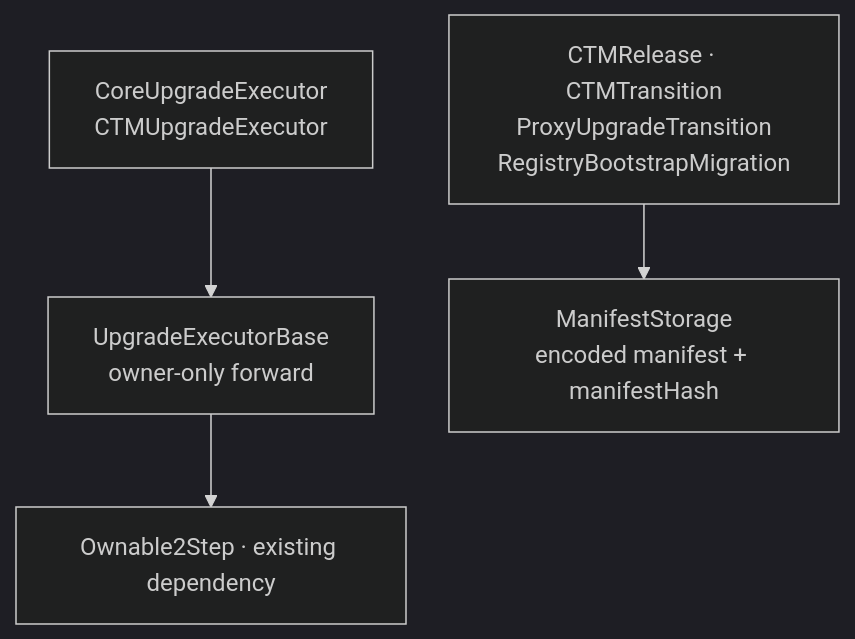
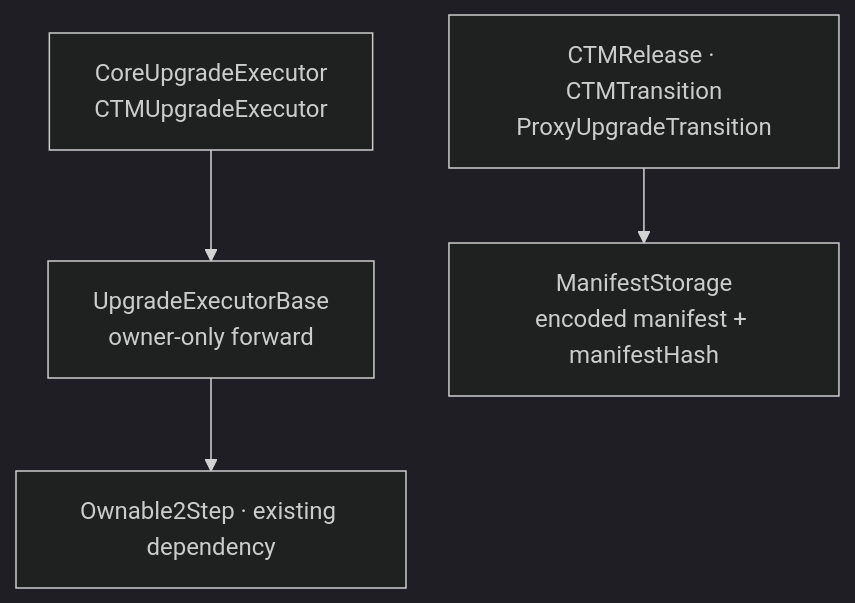
The second of 9 diagrams in docs/registry-driven-upgrades.md (matter-labs/era-contracts), drawn with Mermaid (dark theme) before and after one commit. The commit also changed other lines of this file and 151 other files, not shown here.

````diff
--- a/docs/registry-driven-upgrades.md
+++ b/docs/registry-driven-upgrades.md
@@ -114,12 +112,12 @@
 ```mermaid
 flowchart TB
     DOMAIN["CoreUpgradeExecutor<br/>CTMUpgradeExecutor"]
-    RECORDS["CTMRelease · CTMTransition<br/>ProxyUpgradeTransition<br/>RegistryBootstrapMigration"]
+    RECORDS["CTMRelease · CTMTransition<br/>ProxyUpgradeTransition"]
     UBASE["UpgradeExecutorBase<br/>owner-only forward"]
     MBASE["ManifestStorage<br/>encoded manifest + manifestHash"]
     OWN["Ownable2Step · existing dependency"]
 
     DOMAIN --> UBASE
     UBASE --> OWN
     RECORDS --> MBASE
 ```
````
